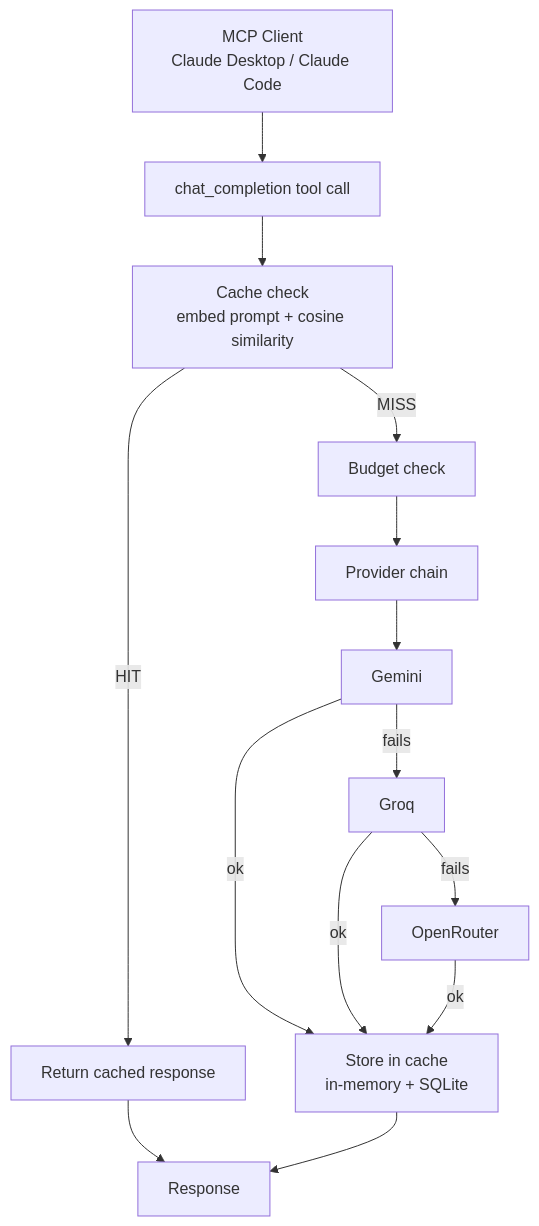
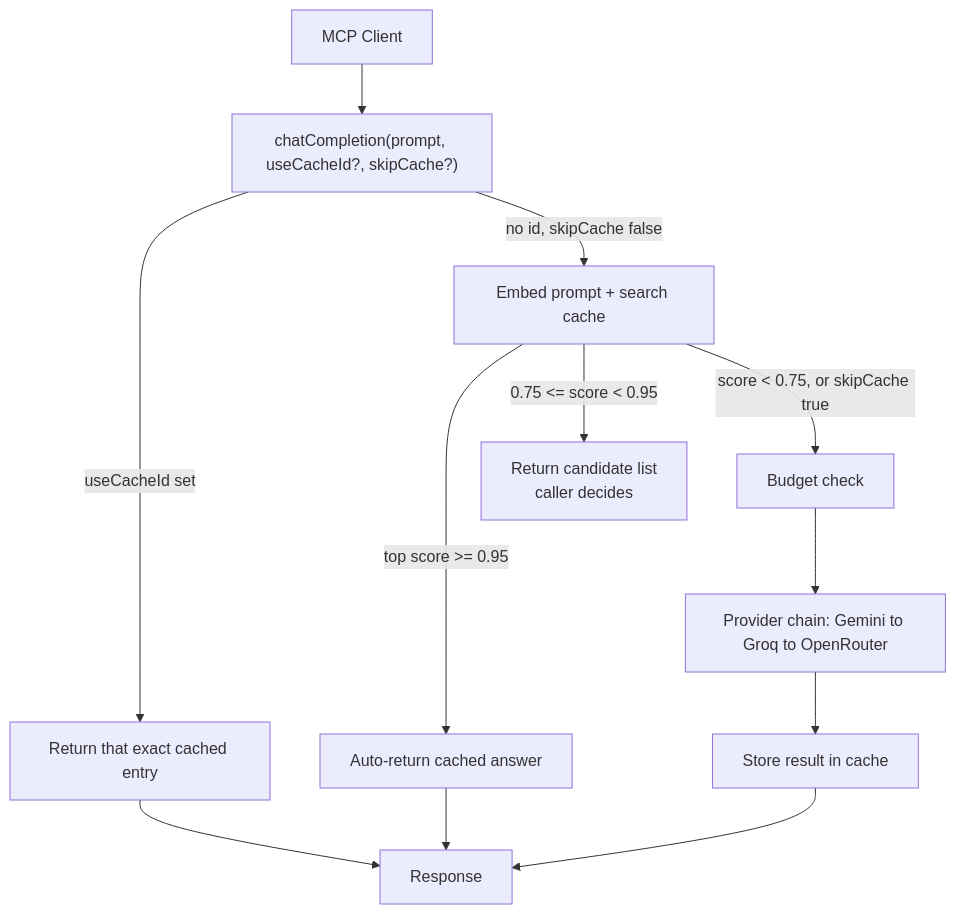
One commit to srj1231/cacheGate changed the diagram in README.md. Above: the diagram before and after it, drawn with Mermaid. The commit also changed other lines of this file and 1 other file, not shown here.

````diff
--- a/README.md
+++ b/README.md
@@ -15,16 +13,14 @@
 ```mermaid
 flowchart TD
-    A["MCP Client<br/>Claude Desktop / Claude Code"] --> B["chat_completion tool call"]
-    B --> C["Cache check<br/>embed prompt + cosine similarity"]
-    C -->|HIT| D["Return cached response"]
-    C -->|MISS| E["Budget check"]
-    E --> F["Provider chain"]
-    F --> G["Gemini"]
-    G -->|fails| H["Groq"]
-    H -->|fails| I["OpenRouter"]
-    G -->|ok| J["Store in cache<br/>in-memory + SQLite"]
-    H -->|ok| J
-    I -->|ok| J
-    D --> K["Response"]
-    J --> K
+    A["MCP Client"] --> B["chatCompletion(prompt, useCacheId?, skipCache?)"]
+    B -->|useCacheId set| C["Return that exact cached entry"]
+    B -->|no id, skipCache false| D["Embed prompt + search cache"]
+    D -->|top score >= 0.95| E["Auto-return cached answer"]
+    D -->|0.75 <= score < 0.95| F["Return candidate list<br/>caller decides"]
+    D -->|score < 0.75, or skipCache true| G["Budget check"]
+    G --> H["Provider chain: Gemini to Groq to OpenRouter"]
+    H --> I["Store result in cache"]
+    I --> J["Response"]
+    C --> J
+    E --> J
 ```
````
